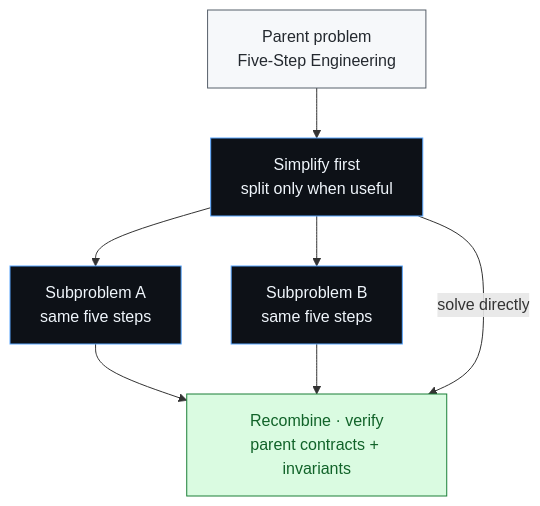
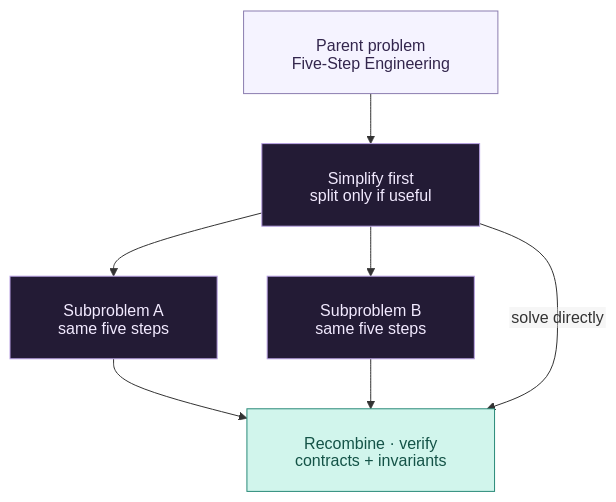
Before and after one commit to ZepinLi/five-step-engineering: the second of 2 diagrams in README.md, drawn with Mermaid.

Commit message:
Refresh decomposition diagram palette and prevent label clipping

````diff
--- a/README.md
+++ b/README.md
@@ -51,22 +51,28 @@
 ```mermaid
+---
+config:
+    htmlLabels: false
+    flowchart:
+        padding: 24
+---
 flowchart TB
     P["Parent problem<br/>Five-Step Engineering"]
-    D["Simplify first<br/>split only when useful"]
+    D["Simplify first<br/>split only if useful"]
     A["Subproblem A<br/>same five steps"]
     B["Subproblem B<br/>same five steps"]
-    V["Recombine · verify<br/>parent contracts + invariants"]
+    V["Recombine · verify<br/>contracts + invariants"]
 
     P --> D
     D --> A
     D --> B
     A --> V
     B --> V
     D -->|"solve directly"| V
 
-    classDef input fill:#f6f8fa,stroke:#57606a,color:#24292f;
-    classDef gate fill:#0d1117,stroke:#58a6ff,color:#f0f6fc;
-    classDef result fill:#dafbe1,stroke:#1a7f37,color:#116329;
-    class P input;
-    class D,A,B gate;
-    class V result;
+    classDef parent fill:#f5f3ff,stroke:#8b7db0,color:#33264d;
+    classDef step fill:#231b35,stroke:#b8a1e3,color:#f2eaff;
+    classDef whole fill:#d1f5ec,stroke:#298a78,color:#145347;
+    class P parent;
+    class D,A,B step;
+    class V whole;
 ```
````
